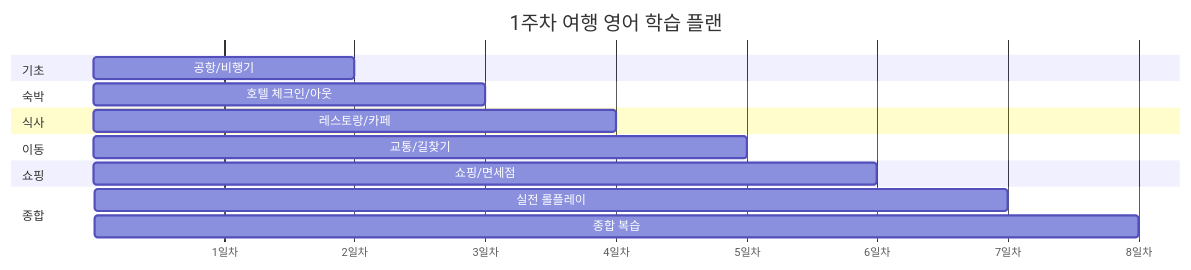
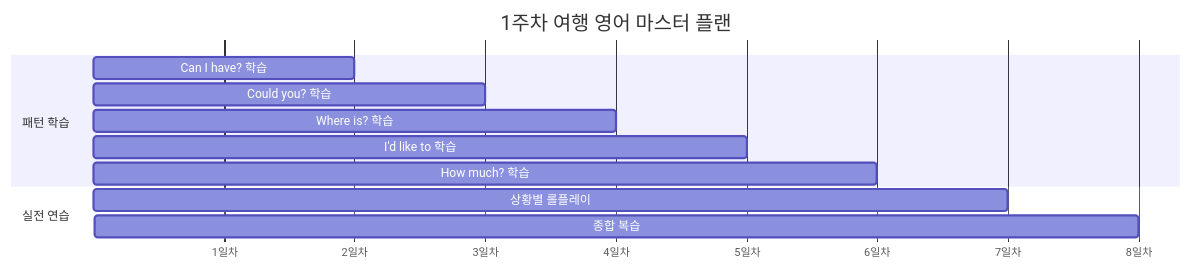
The fifth of 6 diagrams in 영어_일상_회화/화상-영어-전체-구성도.md (Collegenie-X/AI-English), drawn with Mermaid before and after one commit. The commit also changed other lines of this file and 43 other files, not shown here.

````diff
--- a/영어_일상_회화/화상-영어-전체-구성도.md
+++ b/영어_일상_회화/화상-영어-전체-구성도.md
@@ -536,25 +1412,17 @@
 ```mermaid
 gantt
-    title 1주차 여행 영어 학습 플랜
-    dateFormat  X
+    title 1주차 여행 영어 마스터 플랜
+    dateFormat X
     axisFormat %s일차
     
-    section 기초
-    공항/비행기     :1, 2
+    section 패턴 학습
+    Can I have? 학습     :1, 2
+    Could you? 학습      :2, 3
+    Where is? 학습       :3, 4
+    I'd like to 학습     :4, 5
+    How much? 학습       :5, 6
     
-    section 숙박
-    호텔 체크인/아웃  :2, 3
-    
-    section 식사
-    레스토랑/카페    :3, 4
-    
-    section 이동
-    교통/길찾기     :4, 5
-    
-    section 쇼핑
-    쇼핑/면세점     :5, 6
-    
-    section 종합
-    실전 롤플레이    :6, 7
-    종합 복습       :7, 8
+    section 실전 연습
+    상황별 롤플레이       :5, 7
+    종합 복습             :7, 8
 ```
````
